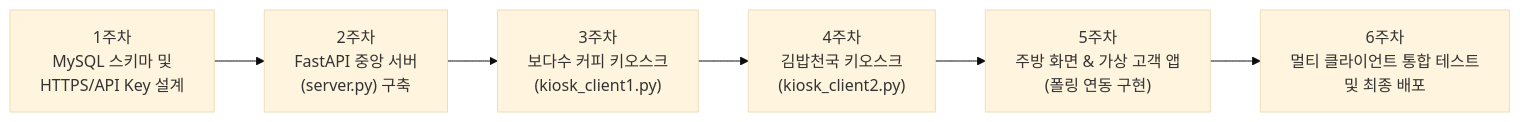
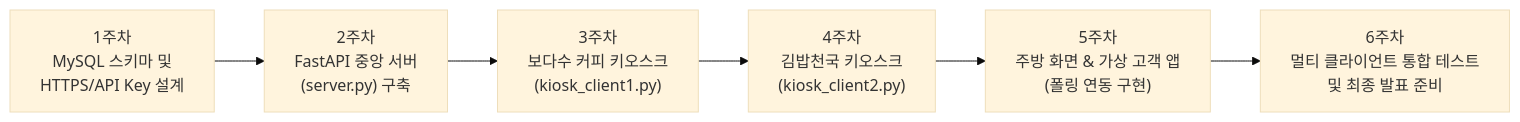
Before and after one commit to bodasoo/bds-kiosk: the second of 2 diagrams in PLAN.md, drawn with Mermaid (base theme). The commit also changed other lines of this file, not shown here.

````diff
--- a/PLAN.md
+++ b/PLAN.md
@@ -139,8 +176,8 @@
 ```mermaid
 flowchart LR
     W1["1주차<br/>MySQL 스키마 및<br/>HTTPS/API Key 설계"] --> W2["2주차<br/>FastAPI 중앙 서버<br/>(server.py) 구축"]
     W2 --> W3["3주차<br/>보다수 커피 키오스크<br/>(kiosk_client1.py)"]
     W3 --> W4["4주차<br/>김밥천국 키오스크<br/>(kiosk_client2.py)"]
     W4 --> W5["5주차<br/>주방 화면 & 가상 고객 앱<br/>(폴링 연동 구현)"]
-    W5 --> W6["6주차<br/>멀티 클라이언트 통합 테스트<br/>및 최종 배포"]
+    W5 --> W6["6주차<br/>멀티 클라이언트 통합 테스트<br/>및 최종 발표 준비"]
 ```
````
